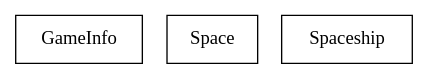
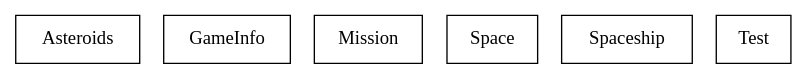
The diagram in bdp/little_rocket_man.dot (moizalicious/little-rocket-man), drawn with Graphviz before and after one commit. The commit also changed 24 other files, not shown here.

```diff
--- a/bdp/little_rocket_man.dot
+++ b/bdp/little_rocket_man.dot
@@ -1,6 +1,9 @@
 digraph {
+Asteroids [ label=" Asteroids " shape= box ]
 GameInfo [ label=" GameInfo " shape= box ]
+Mission [ label=" Mission " shape= box ]
 Space [ label=" Space " shape= box ]
 Spaceship [ label=" Spaceship " shape= box ]
+Test [ label=" Test " shape= box ]
 
 }
```
